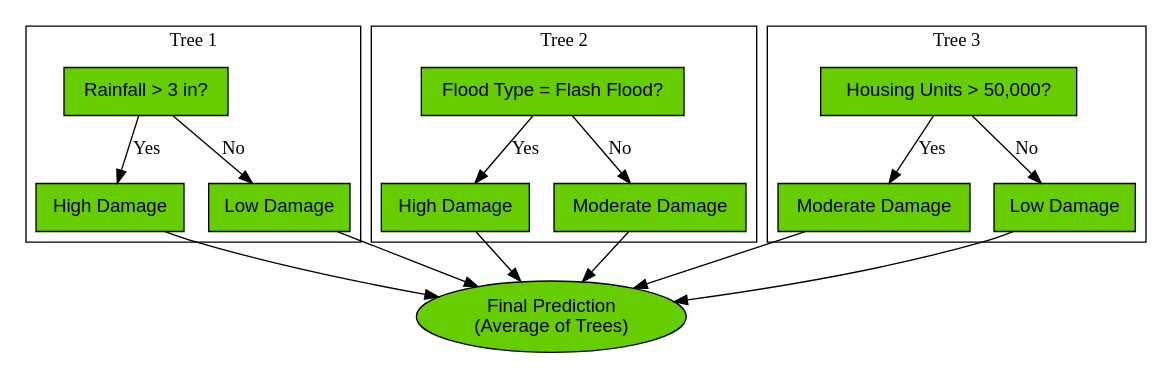
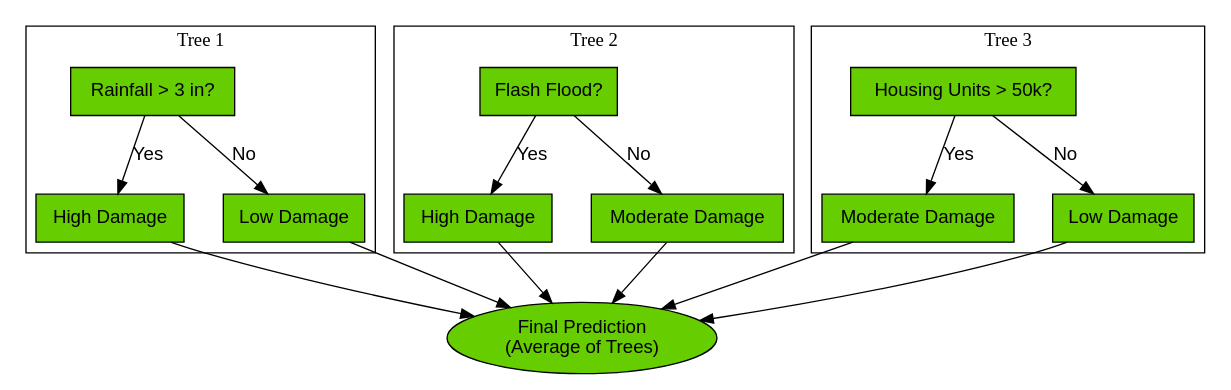
One commit to MeaganRussell/capstone4ds_MeaganAlexisCapstone changed the diagram in slides.qmd. Above: the diagram before and after it, drawn with Graphviz. The commit also changed other lines of this file and 4 other files, not shown here.

````diff
--- a/slides.qmd
+++ b/slides.qmd
@@ -111,47 +113,50 @@
 ```{dot}
 //| label: fig-random-forest
-//| fig-cap: "Conceptual representation of the random forest algorithm"
+//| fig-cap: "Conceptual example of a random forest model showing multiple decision trees contributing to a final prediction."
 //| fig-width: 8
-//| out-width: 100%
+//| out-width: 85%
 //| fig-align: center
+//| fig-show: hold
+
 digraph random_forest_example {
-  graph [layout = dot, rankdir = TB, compound = true]
-  node [shape = box, style = filled, fillcolor = chartreuse3, fontname = Helvetica]
-  
-  final [shape = ellipse, label = "Final Prediction\n(Average of Trees)"]
+  graph [layout=dot, rankdir=TB, nodesep=0.4, ranksep=0.6]
+  node [shape=box, style=filled, fillcolor=chartreuse3, fontname=Helvetica]
+  edge [fontname=Helvetica]
+
+  final [shape=ellipse, label="Final Prediction\n(Average of Trees)"]
 
   subgraph cluster_1 {
-    label = "Tree 1"
-    t1a [label = "Rainfall > 3 in?"]
-    t1d [label = "High Damage"]
-    t1e [label = "Low Damage"]
-    t1a -> t1d [label = "Yes"]
-    t1a -> t1e [label = "No"]
+    label="Tree 1"
+    t1a [label="Rainfall > 3 in?"]
+    t1d [label="High Damage"]
+    t1e [label="Low Damage"]
+    t1a -> t1d [label="Yes"]
+    t1a -> t1e [label="No"]
   }
-  
+
   subgraph cluster_2 {
-    label = "Tree 2"
-    t2a [label = "Flood Type = Flash Flood?"]
-    t2d [label = "High Damage"]
-    t2e [label = "Moderate Damage"]
-    t2a -> t2d [label = "Yes"]
-    t2a -> t2e [label = "No"]
+    label="Tree 2"
+    t2a [label="Flash Flood?"]
+    t2d [label="High Damage"]
+    t2e [label="Moderate Damage"]
+    t2a -> t2d [label="Yes"]
+    t2a -> t2e [label="No"]
   }
 
   subgraph cluster_3 {
-    label = "Tree 3"
-    t3a [label = "Housing Units > 50,000?"]
-    t3d [label = "Moderate Damage"]
-    t3e [label = "Low Damage"]
-    t3a -> t3d [label = "Yes"]
-    t3a -> t3e [label = "No"]
+    label="Tree 3"
+    t3a [label="Housing Units > 50k?"]
+    t3d [label="Moderate Damage"]
+    t3e [label="Low Damage"]
+    t3a -> t3d [label="Yes"]
+    t3a -> t3e [label="No"]
   }
 
   t1d -> final
   t1e -> final
   t2d -> final
   t2e -> final
   t3d -> final
   t3e -> final
 }
 ```
````
